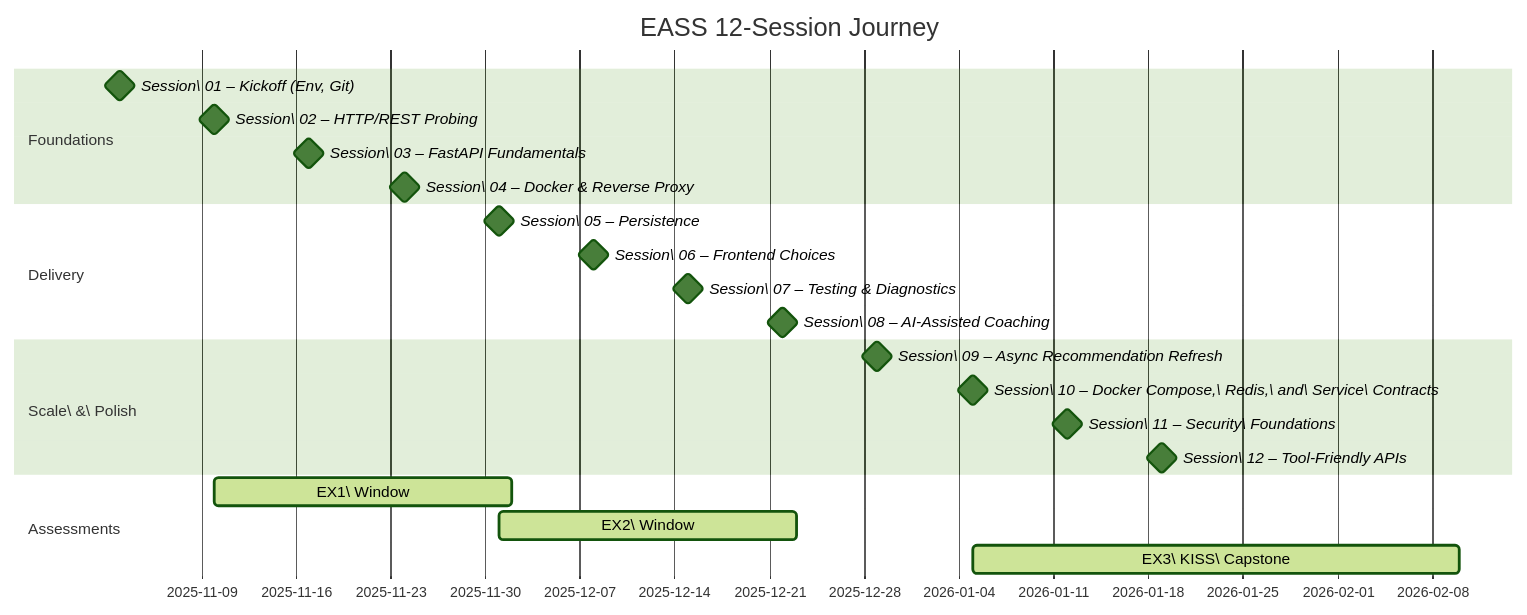
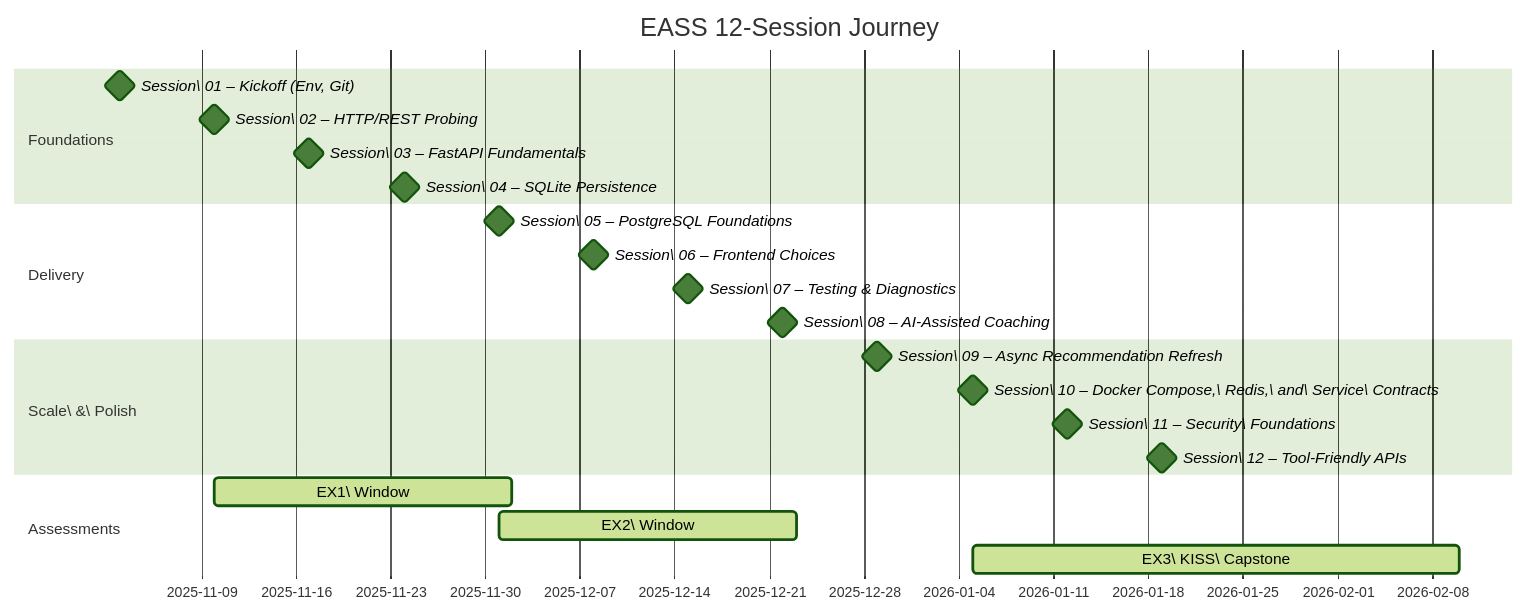
The diagram in docs/index.md (EASS-HIT-PART-A-2026-CLASS-IX/lecture-notes), drawn with Mermaid (forest theme) before and after one commit. The commit also changed other lines of this file and 14 other files, not shown here.

````diff
--- a/docs/index.md
+++ b/docs/index.md
@@ -44,24 +44,24 @@
 ```mermaid
 gantt
     title EASS 12-Session Journey
     dateFormat  YYYY-MM-DD
     section Foundations
     Session\ 01 – Kickoff (Env, Git)         :milestone, 2025-11-03, 0d
     Session\ 02 – HTTP/REST Probing          :milestone, 2025-11-10, 0d
     Session\ 03 – FastAPI Fundamentals       :milestone, 2025-11-17, 0d
-    Session\ 04 – Docker & Reverse Proxy     :milestone, 2025-11-24, 0d
+    Session\ 04 – SQLite Persistence         :milestone, 2025-11-24, 0d
     section Delivery
-    Session\ 05 – Persistence                :milestone, 2025-12-01, 0d
+    Session\ 05 – PostgreSQL Foundations     :milestone, 2025-12-01, 0d
     Session\ 06 – Frontend Choices           :milestone, 2025-12-08, 0d
     Session\ 07 – Testing & Diagnostics      :milestone, 2025-12-15, 0d
     Session\ 08 – AI-Assisted Coaching       :milestone, 2025-12-22, 0d
     section Scale\ &\ Polish
     Session\ 09 – Async Recommendation Refresh   :milestone, 2025-12-29, 0d
     Session\ 10 – Docker Compose,\ Redis,\ and\ Service\ Contracts:milestone, 2026-01-05, 0d
     Session\ 11 – Security\ Foundations          :milestone, 2026-01-12, 0d
     Session\ 12 – Tool-Friendly APIs             :milestone, 2026-01-19, 0d
     section Assessments
     EX1\ Window                              :active, 2025-11-10, 2025-12-02
     EX2\ Window                              :active, 2025-12-01, 2025-12-23
     EX3\ KISS\ Capstone                      :active, 2026-01-05, 2026-02-10
 ```
````
